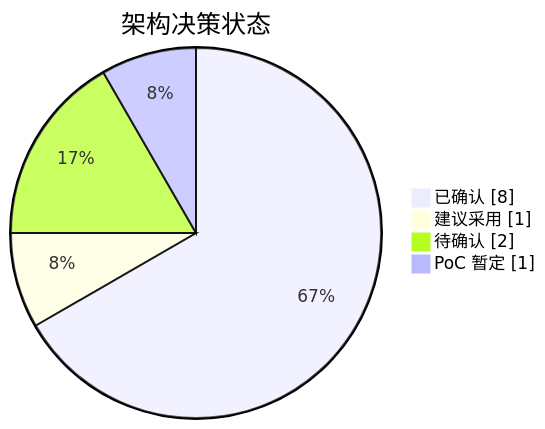
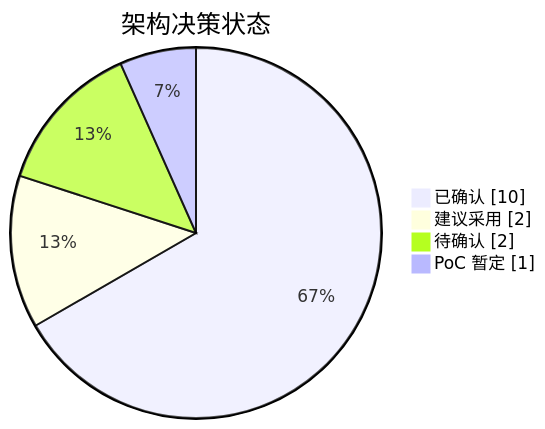
One commit to zhangys10/mijia-web-console changed diagram 24 of 25 in docs/ai-home-poc-design.md. Above: the diagram before and after it, drawn with Mermaid. The commit also changed other lines of this file, not shown here.

````diff
--- a/docs/ai-home-poc-design.md
+++ b/docs/ai-home-poc-design.md
@@ -987,8 +1184,8 @@
 ```mermaid
 pie showData
     title 架构决策状态
-    "已确认" : 8
-    "建议采用" : 1
+    "已确认" : 10
+    "建议采用" : 2
     "待确认" : 2
     "PoC 暂定" : 1
 ```
````
